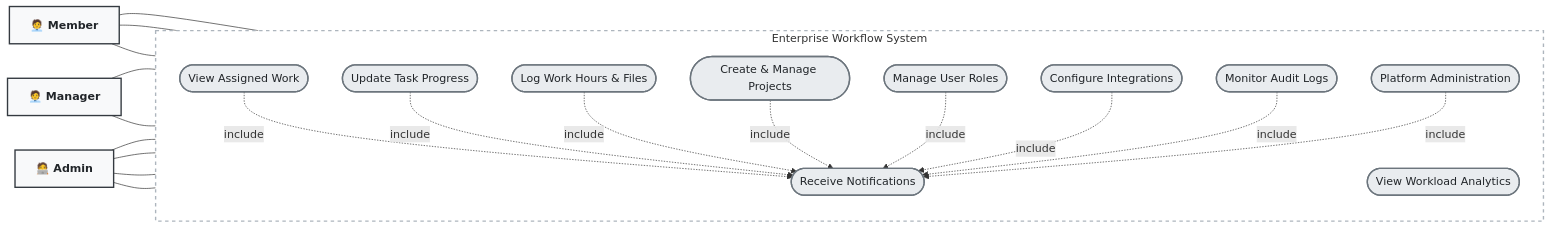
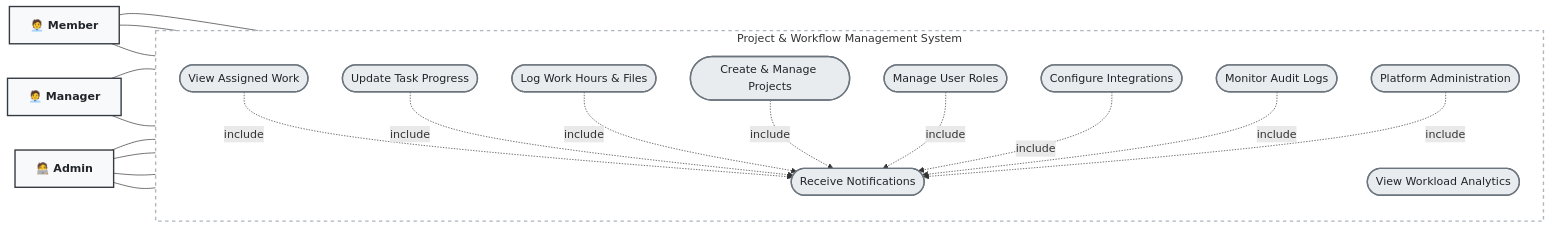
Before and after one commit to Jeyasaravanan18/Project-and-Workflow-Management-System: the diagram in docs/use_case_diagram.mmd, drawn with Mermaid. The commit also changed 31 other files, not shown here.

Commit message:
docs: standardize ProjectFlow branding and diagrams

```diff
--- a/docs/use_case_diagram.mmd
+++ b/docs/use_case_diagram.mmd
@@ -1,56 +1,56 @@
 graph LR
     %% Styling
     classDef actor fill:#f8f9fa,stroke:#343a40,stroke-width:2px,color:#212529,font-weight:bold
     classDef usecase fill:#e9ecef,stroke:#6c757d,stroke-width:2px,color:#212529,rx:50,ry:50
     classDef system fill:#ffffff,stroke:#adb5bd,stroke-width:2px,stroke-dasharray: 5 5
 
     %% Actors
     Member["🧑‍💼 Member"]:::actor
     Manager["🧑‍💼 Manager"]:::actor
     Admin["🧑‍💻 Admin"]:::actor
 
-    subgraph System ["Enterprise Workflow System"]
+    subgraph System ["Project & Workflow Management System"]
         direction TB
         %% Member Uses Cases
         VBW(["View Assigned Work"]):::usecase
         UTP(["Update Task Progress"]):::usecase
         LWF(["Log Work Hours & Files"]):::usecase
         
         %% Manager Use Cases
         CMP(["Create & Manage Projects"]):::usecase
         VWA(["View Workload Analytics"]):::usecase
         
         %% Central Use Case
         RN(["Receive Notifications"]):::usecase
         
         %% Admin Use Cases
         MUR(["Manage User Roles"]):::usecase
         CI(["Configure Integrations"]):::usecase
         MAL(["Monitor Audit Logs"]):::usecase
         PA(["Platform Administration"]):::usecase
     end
 
     class System system
 
     %% Layout to enforce Left-to-Right logic
     Member --- VBW
     Member --- UTP
     Member --- LWF
     
     Manager --- CMP
     Manager --- VWA
     
     Admin --- MUR
     Admin --- CI
     Admin --- MAL
     Admin --- PA
 
     %% Internal includes (dashed lines)
     VBW -.->|include| RN
     UTP -.->|include| RN
     LWF -.->|include| RN
     CMP -.->|include| RN
     MUR -.->|include| RN
     CI -.->|include| RN
     MAL -.->|include| RN
     PA -.->|include| RN
```
